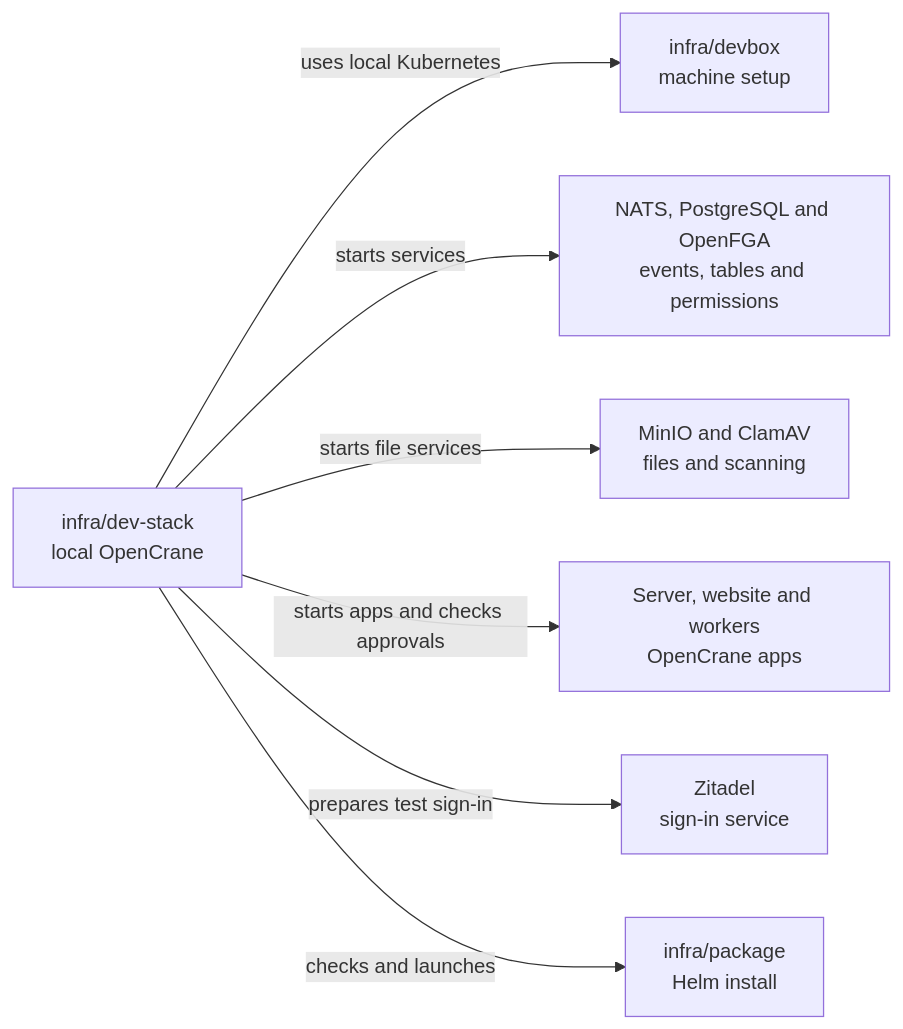
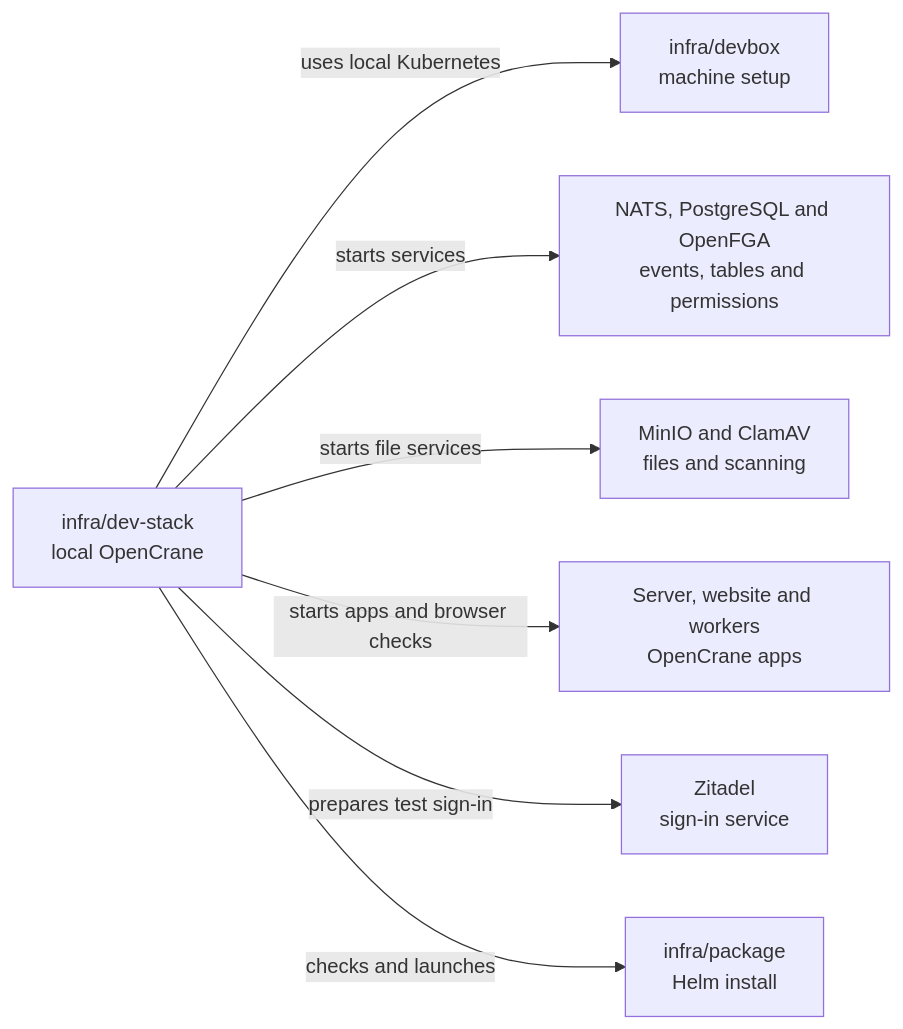
One commit to elewa-git/opencrane-new changed the diagram in infra/dev-stack/README.md. Above: the diagram before and after it, drawn with Mermaid. The commit also changed other lines of this file and 7 other files, not shown here.

````diff
--- a/infra/dev-stack/README.md
+++ b/infra/dev-stack/README.md
@@ -18,9 +19,9 @@
 ```mermaid
 flowchart LR
   stack["infra/dev-stack<br/>local OpenCrane"] -->|uses local Kubernetes| devbox["infra/devbox<br/>machine setup"]
   stack -->|starts services| services["NATS, PostgreSQL and OpenFGA<br/>events, tables and permissions"]
   stack -->|starts file services| files["MinIO and ClamAV<br/>files and scanning"]
-  stack -->|starts apps and checks approvals| apps["Server, website and workers<br/>OpenCrane apps"]
+  stack -->|starts apps and browser checks| apps["Server, website and workers<br/>OpenCrane apps"]
   stack -->|prepares test sign-in| zitadel["Zitadel<br/>sign-in service"]
   stack -->|checks and launches| package["infra/package<br/>Helm install"]
 ```
````
